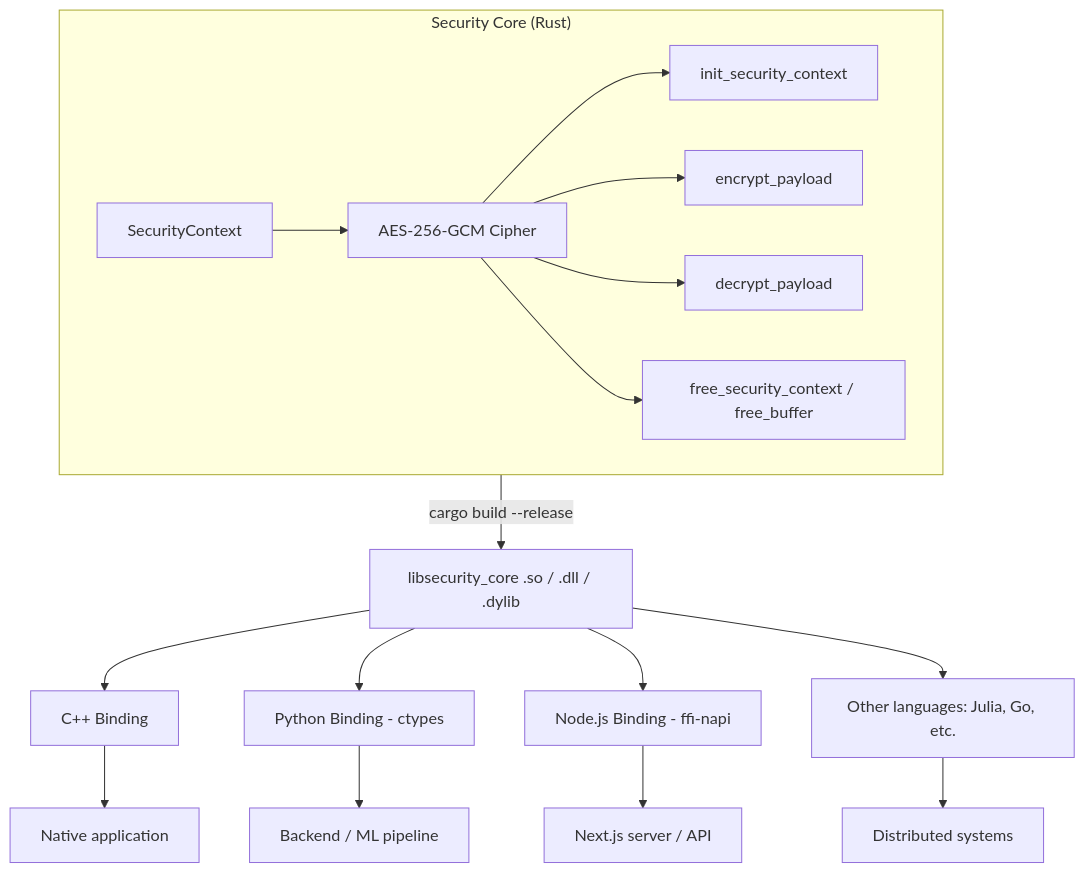
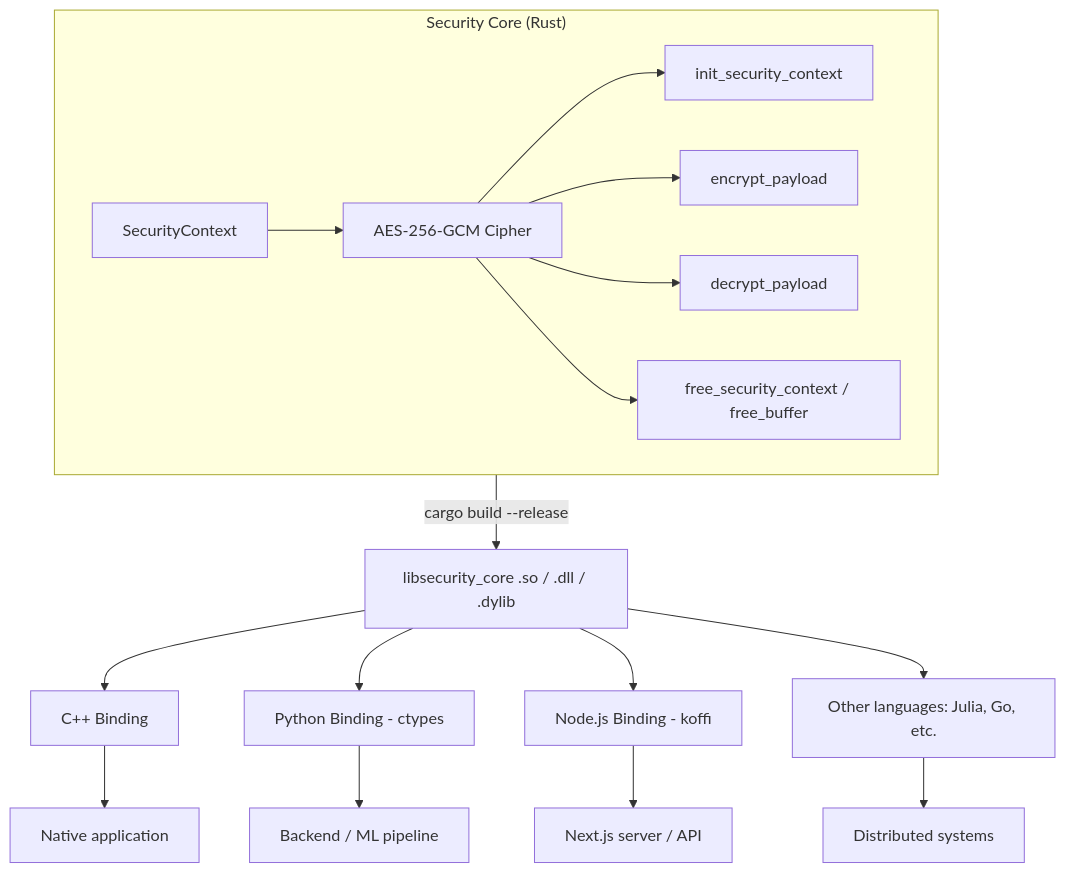
The first of 4 diagrams in README.md (Ciprian-LocalPulse/secure-core-ffi), drawn with Mermaid before and after one commit. The commit also changed other lines of this file and 10 other files, not shown here.

````diff
--- a/README.md
+++ b/README.md
@@ -31,22 +33,22 @@
 ```mermaid
 flowchart TB
     subgraph RustCore["Security Core (Rust)"]
         A[SecurityContext] --> B[AES-256-GCM Cipher]
         B --> C[init_security_context]
         B --> D[encrypt_payload]
         B --> E[decrypt_payload]
         B --> F[free_security_context / free_buffer]
     end
 
     RustCore -->|"cargo build --release"| LIB["libsecurity_core .so / .dll / .dylib"]
 
     LIB --> CPP[C++ Binding]
     LIB --> PY[Python Binding - ctypes]
-    LIB --> NODE[Node.js Binding - ffi-napi]
+    LIB --> NODE[Node.js Binding - koffi]
     LIB --> OTHER[Other languages: Julia, Go, etc.]
 
     CPP --> APP1[Native application]
     PY --> APP2[Backend / ML pipeline]
     NODE --> APP3[Next.js server / API]
     OTHER --> APP4[Distributed systems]
 ```
````
